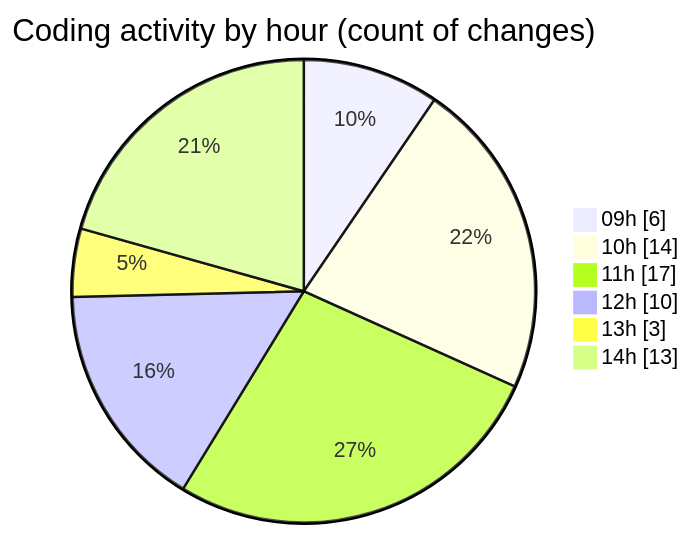
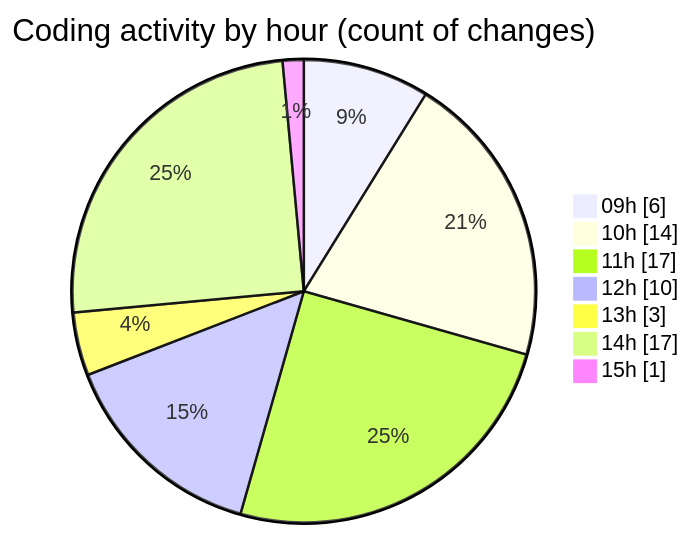
Before and after one commit to momahboobian/code-tracking: the second of 2 diagrams in 2026-02-11/cda/README.md, drawn with Mermaid. The commit also changed other lines of this file and 1 other file, not shown here.

````diff
--- a/2026-02-11/cda/README.md
+++ b/2026-02-11/cda/README.md
@@ -33,10 +33,11 @@
 ```mermaid
 pie showData
 title Coding activity by hour (count of changes)
 "09h" : 6
 "10h" : 14
 "11h" : 17
 "12h" : 10
 "13h" : 3
-"14h" : 13
+"14h" : 17
+"15h" : 1
 ```
````
